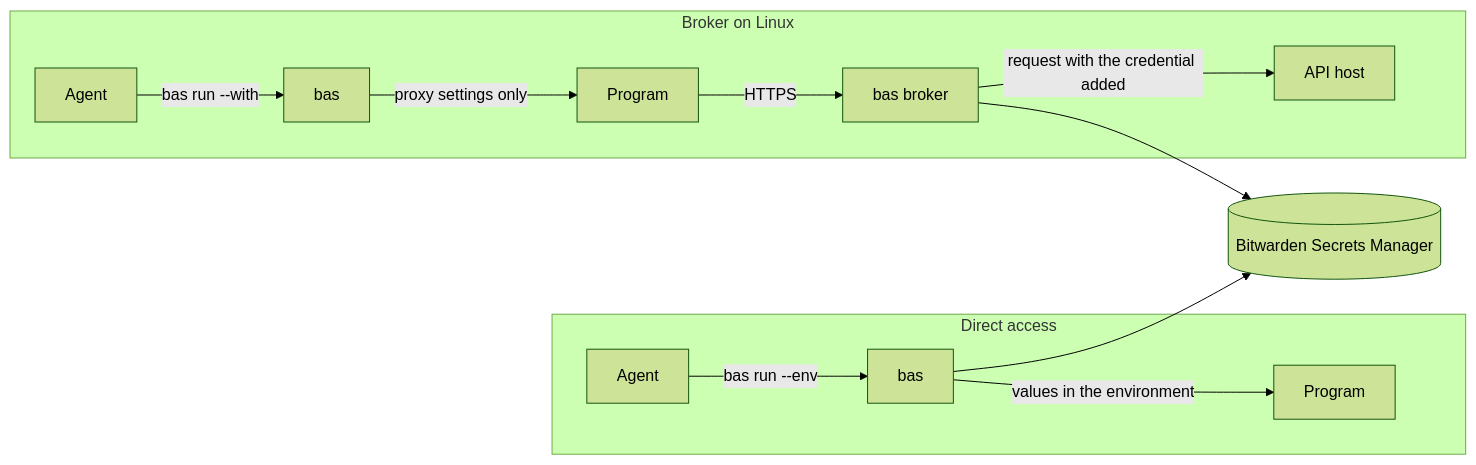
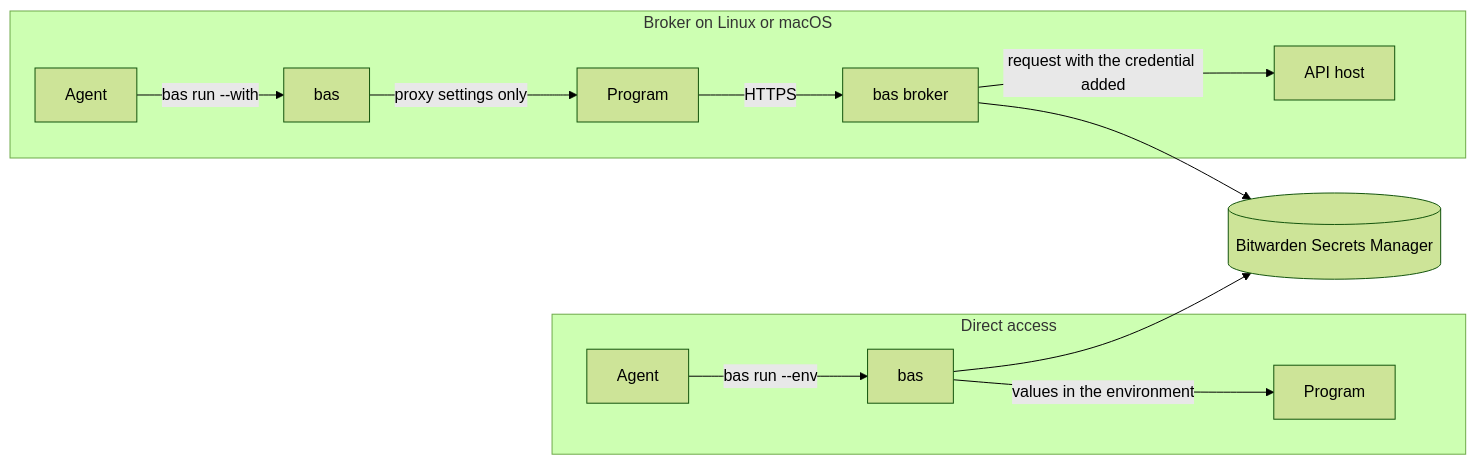
Before and after one commit to Snestra/bas: the diagram in README.md, drawn with Mermaid (forest theme). The commit also changed other lines of this file and 45 other files, not shown here.

First line of the commit message:
Run the broker on macOS and manage it from bas tui

````diff
--- a/README.md
+++ b/README.md
@@ -9,15 +9,15 @@
 ```mermaid
 flowchart LR
     subgraph direct[Direct access]
         A1[Agent] -->|bas run --env| B1[bas]
         B1 -->|values in the environment| P1[Program]
     end
-    subgraph broker[Broker on Linux]
+    subgraph broker[Broker on Linux or macOS]
         A2[Agent] -->|bas run --with| B2[bas]
         B2 -->|proxy settings only| P2[Program]
         P2 -->|HTTPS| X[bas broker]
         X -->|request with the credential added| API[API host]
     end
     B1 --> SM[(Bitwarden Secrets Manager)]
     X --> SM
 ```
````
